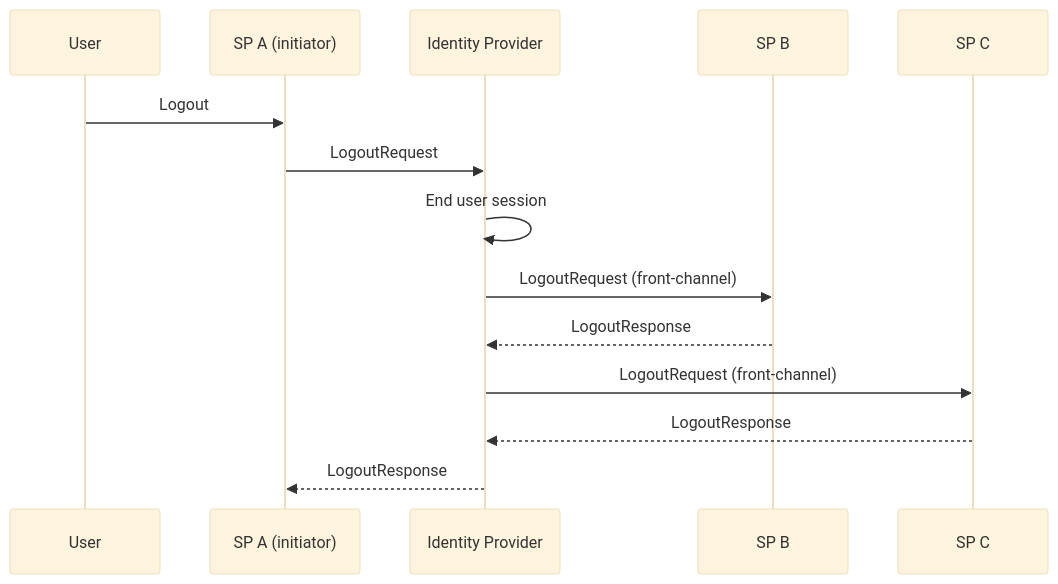
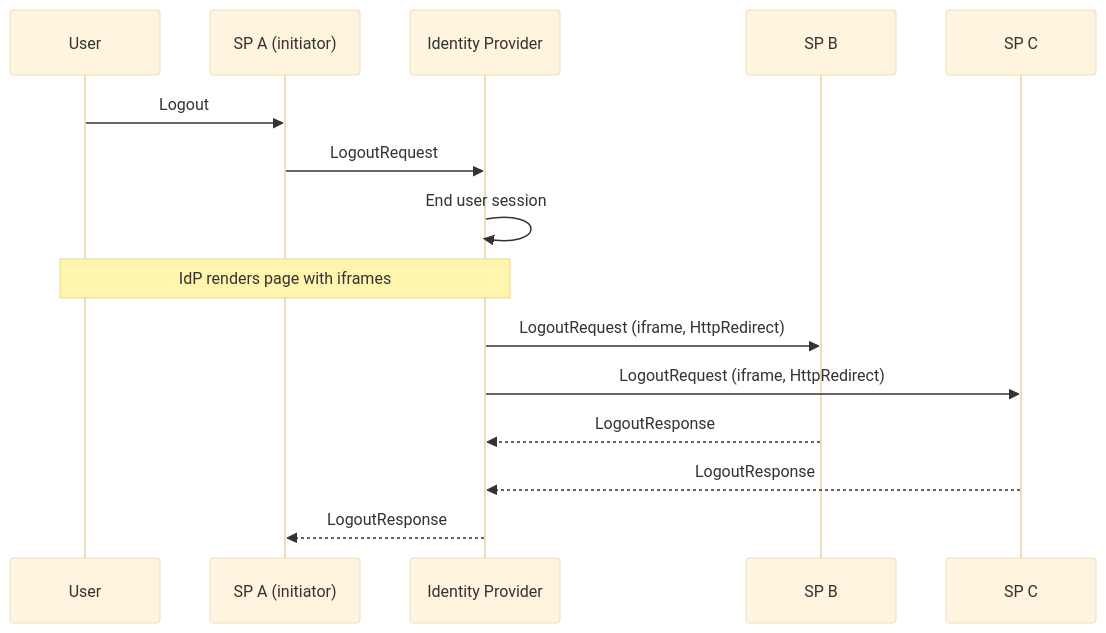
Before and after one commit to DuendeSoftware/docs.duendesoftware.com: the second of 2 diagrams in astro/src/content/docs/identityserver/saml/concepts.md, drawn with Mermaid (base theme). The commit also changed other lines of this file and 4 other files, not shown here.

````diff
--- a/astro/src/content/docs/identityserver/saml/concepts.md
+++ b/astro/src/content/docs/identityserver/saml/concepts.md
@@ -142,17 +147,18 @@
 ```mermaid
 sequenceDiagram
     participant User
     participant SP_A as SP A (initiator)
     participant IdP as Identity Provider
     participant SP_B as SP B
     participant SP_C as SP C
 
     User->>SP_A: Logout
     SP_A->>IdP: LogoutRequest
     IdP->>IdP: End user session
-    IdP->>SP_B: LogoutRequest (front-channel)
+    Note over IdP,User: IdP renders page with iframes
+    IdP->>SP_B: LogoutRequest (iframe, HttpRedirect)
+    IdP->>SP_C: LogoutRequest (iframe, HttpRedirect)
     SP_B-->>IdP: LogoutResponse
-    IdP->>SP_C: LogoutRequest (front-channel)
     SP_C-->>IdP: LogoutResponse
     IdP-->>SP_A: LogoutResponse
 ```
````
